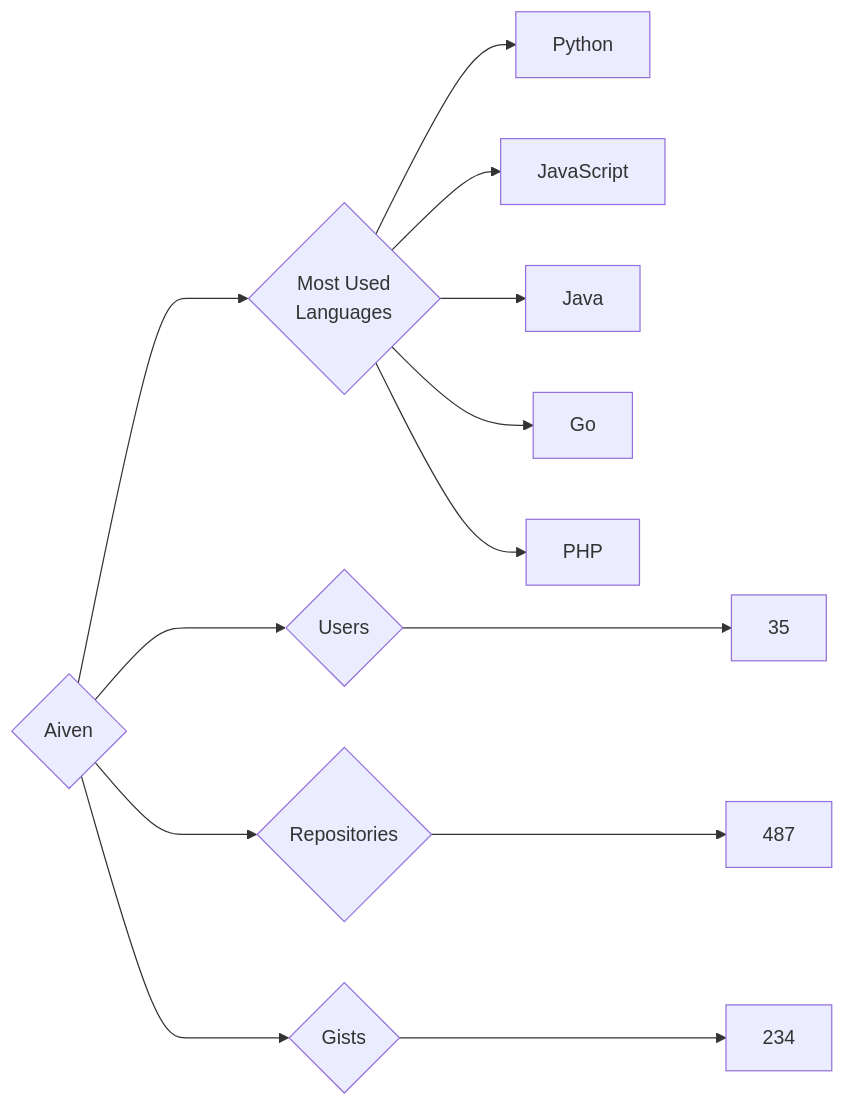
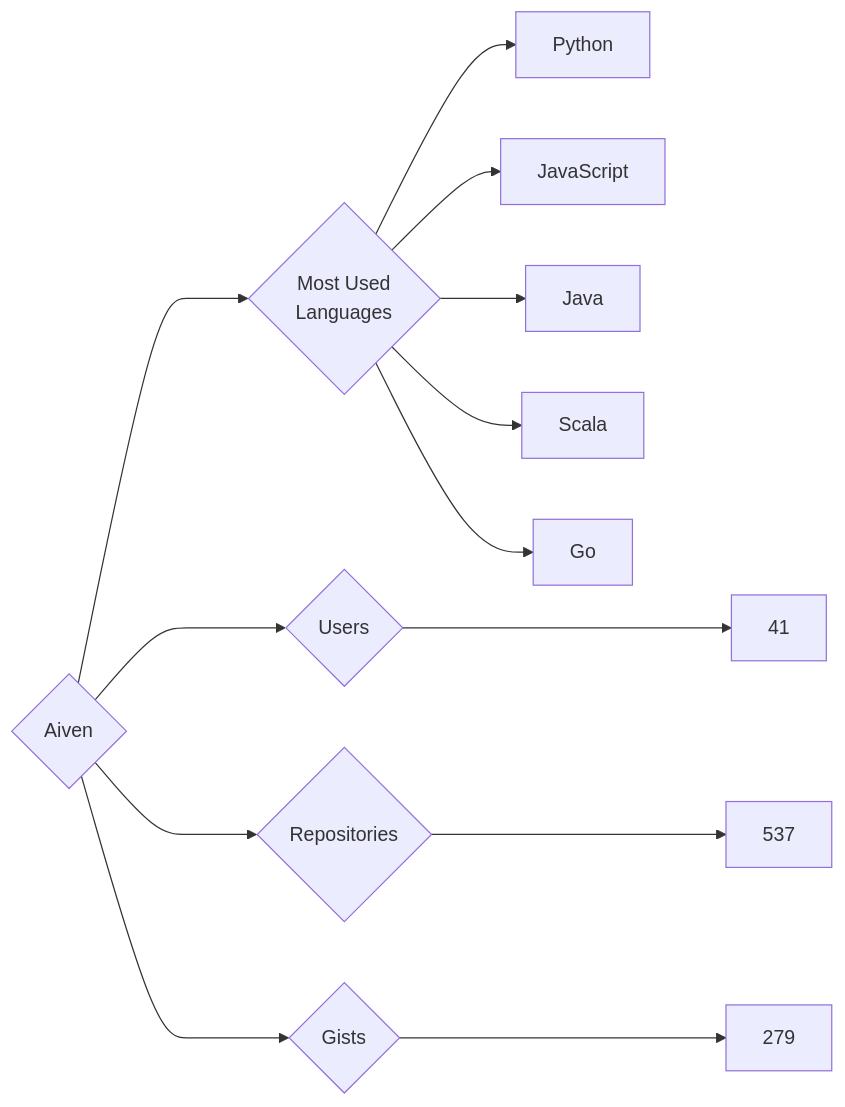
Before and after one commit to trickest/insiders: the diagram in targets/Aiven/README.md, drawn with Mermaid. The commit also changed 682 other files, not shown here.

````diff
--- a/targets/Aiven/README.md
+++ b/targets/Aiven/README.md
@@ -3,13 +3,13 @@
 ```mermaid
 graph LR
 COMPANY_NAME{Aiven}
-COMPANY_NAME ---> U{Users} ---> UN[35]
-COMPANY_NAME ---> R{Repositories} ---> RN[487]
-COMPANY_NAME ---> G{Gists} ---> GN[234]
+COMPANY_NAME ---> U{Users} ---> UN[41]
+COMPANY_NAME ---> R{Repositories} ---> RN[537]
+COMPANY_NAME ---> G{Gists} ---> GN[279]
 COMPANY_NAME ---> ML{Most Used<br>Languages}
 ML --> Python[Python]
 ML --> JavaScript[JavaScript]
 ML --> Java[Java]
+ML --> Scala[Scala]
 ML --> Go[Go]
-ML --> PHP[PHP]
 ```
````
